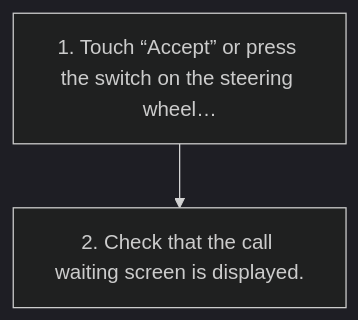
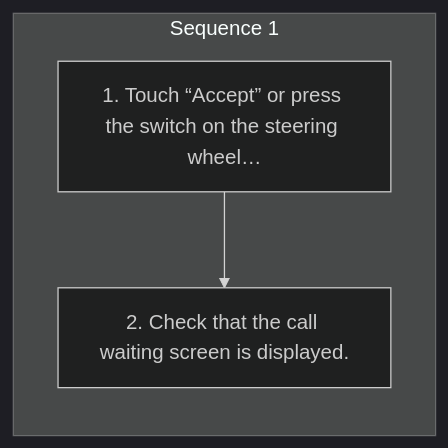
Before and after one commit to Chieko-Y/my-spec-generator: the diagram in workspace/subaru/outback-2026/ivi/published/phone/14-call-waiting.md, drawn with Mermaid (dark theme). The commit also changed other lines of this file and 268 other files, not shown here.

````diff
--- a/workspace/subaru/outback-2026/ivi/published/phone/14-call-waiting.md
+++ b/workspace/subaru/outback-2026/ivi/published/phone/14-call-waiting.md
@@ -17,6 +17,9 @@
 ```mermaid
 flowchart TD
-    S1["1. Touch “Accept” or press the switch on the steering wheel…"]
-    S2["2. Check that the call waiting screen is displayed."]
-    S1 --> S2
+    subgraph SEQ1["Sequence 1"]
+    direction TB
+    S1_1["1. Touch “Accept” or press the switch on the steering wheel…"]
+    S1_2["2. Check that the call waiting screen is displayed."]
+    S1_1 --> S1_2
+    end
 ```
````
